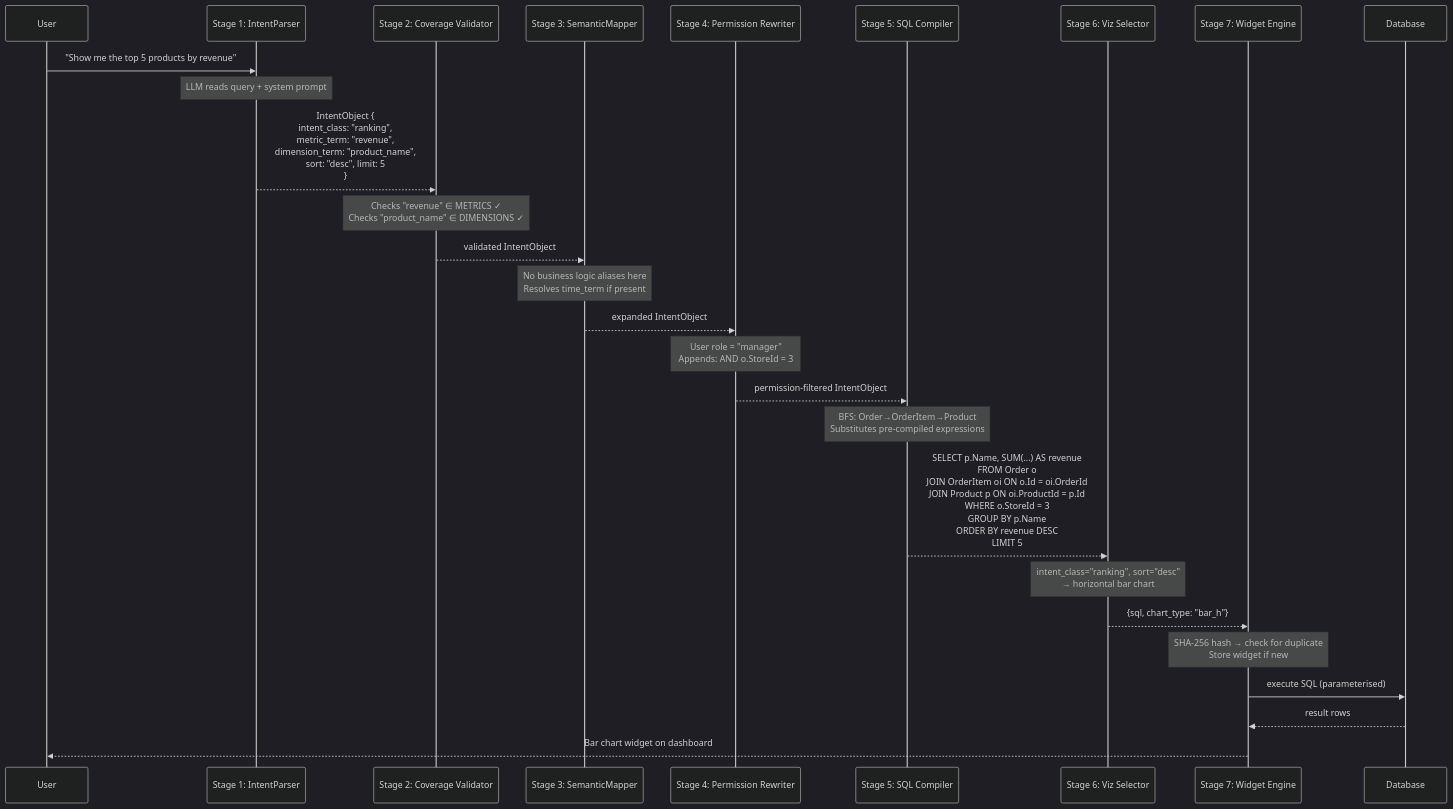
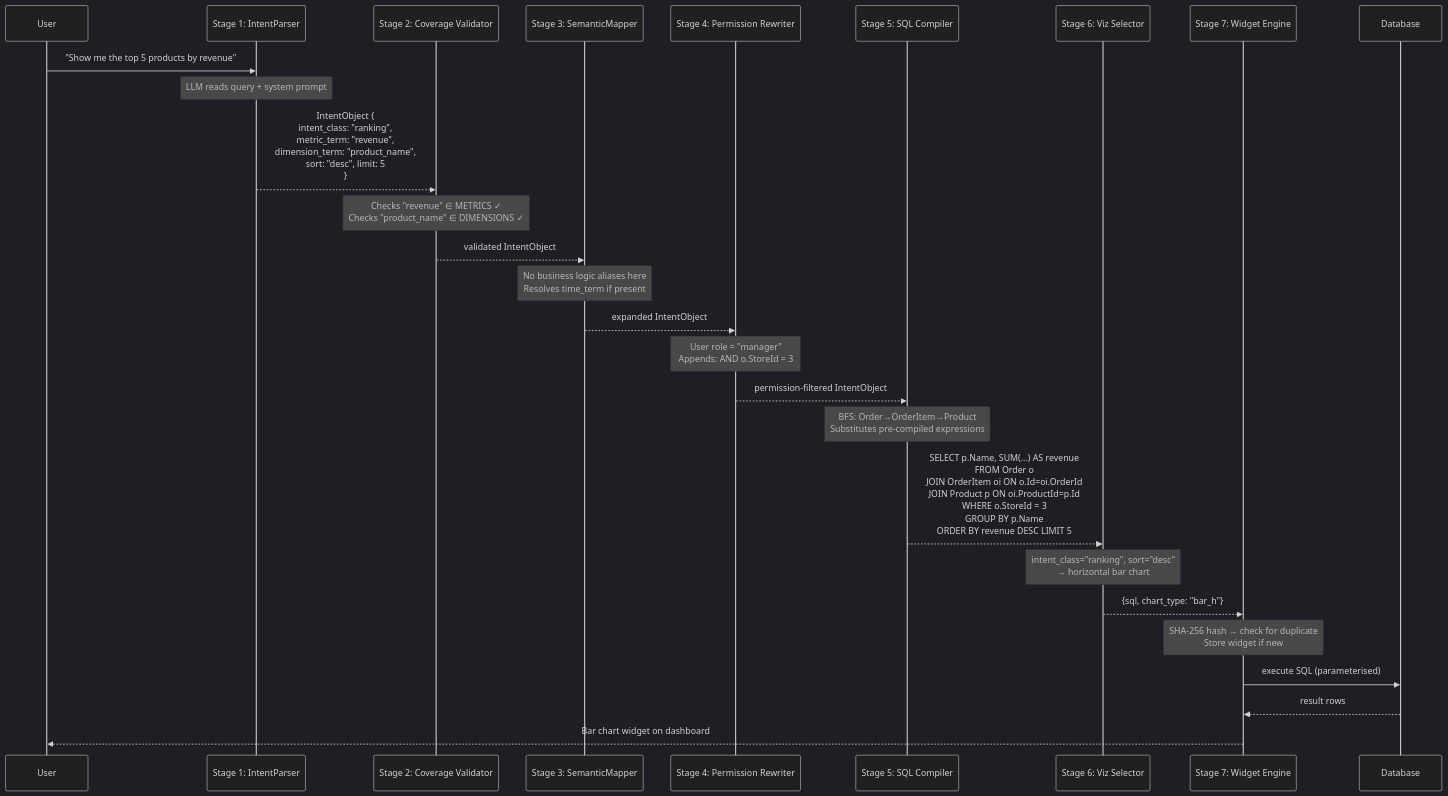
The sixth of 9 diagrams in EXPLAINER.md (md-riaz/AEGIS-Research), drawn with Mermaid (dark theme) before and after one commit. The commit also changed other lines of this file, not shown here.

````diff
--- a/EXPLAINER.md
+++ b/EXPLAINER.md
@@ -244,37 +268,37 @@
 ```mermaid
 sequenceDiagram
     participant U as User
     participant IP as Stage 1: IntentParser
     participant CV as Stage 2: Coverage Validator
     participant SM as Stage 3: SemanticMapper
     participant PR as Stage 4: Permission Rewriter
     participant SC as Stage 5: SQL Compiler
     participant VS as Stage 6: Viz Selector
     participant WE as Stage 7: Widget Engine
     participant DB as Database
 
     U->>IP: "Show me the top 5 products by revenue"
 
     Note over IP: LLM reads query + system prompt
     IP-->>CV: IntentObject {<br/>intent_class: "ranking",<br/>metric_term: "revenue",<br/>dimension_term: "product_name",<br/>sort: "desc", limit: 5<br/>}
 
     Note over CV: Checks "revenue" ∈ METRICS ✓<br/>Checks "product_name" ∈ DIMENSIONS ✓
     CV-->>SM: validated IntentObject
 
     Note over SM: No business logic aliases here<br/>Resolves time_term if present
     SM-->>PR: expanded IntentObject
 
     Note over PR: User role = "manager"<br/>Appends: AND o.StoreId = 3
     PR-->>SC: permission-filtered IntentObject
 
     Note over SC: BFS: Order→OrderItem→Product<br/>Substitutes pre-compiled expressions
-    SC-->>VS: SELECT p.Name, SUM(...) AS revenue<br/>FROM Order o<br/>JOIN OrderItem oi ON o.Id = oi.OrderId<br/>JOIN Product p ON oi.ProductId = p.Id<br/>WHERE o.StoreId = 3<br/>GROUP BY p.Name<br/>ORDER BY revenue DESC<br/>LIMIT 5
+    SC-->>VS: SELECT p.Name, SUM(...) AS revenue<br/>FROM Order o<br/>JOIN OrderItem oi ON o.Id=oi.OrderId<br/>JOIN Product p ON oi.ProductId=p.Id<br/>WHERE o.StoreId = 3<br/>GROUP BY p.Name<br/>ORDER BY revenue DESC LIMIT 5
 
     Note over VS: intent_class="ranking", sort="desc"<br/>→ horizontal bar chart
     VS-->>WE: {sql, chart_type: "bar_h"}
 
     Note over WE: SHA-256 hash → check for duplicate<br/>Store widget if new
     WE->>DB: execute SQL (parameterised)
     DB-->>WE: result rows
     WE-->>U: Bar chart widget on dashboard
 ```
````
